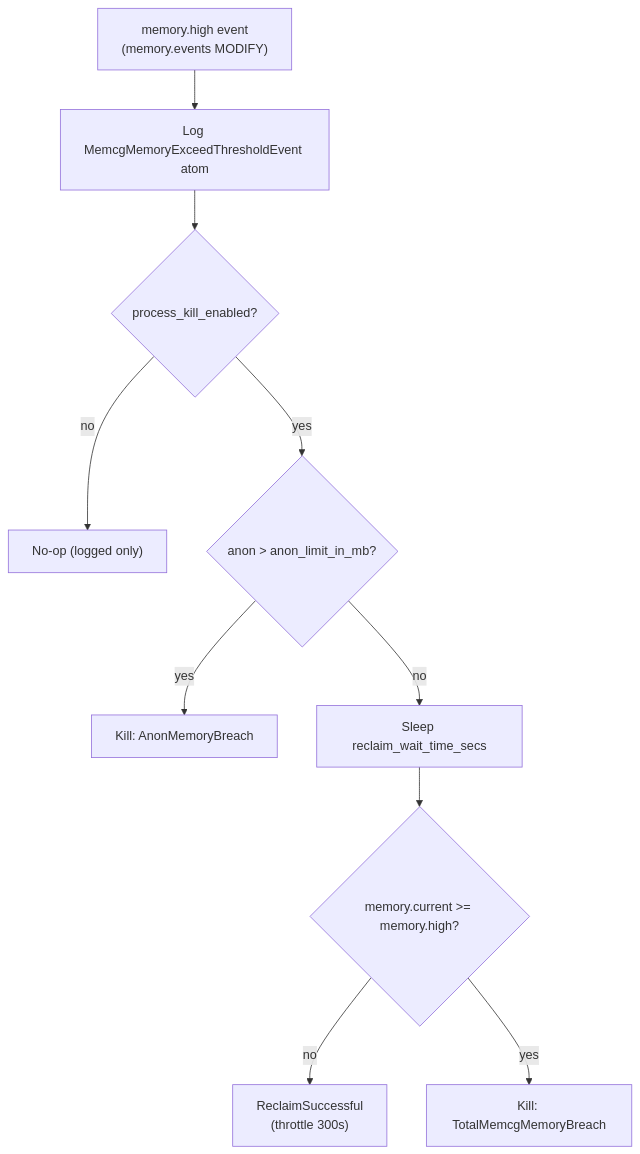
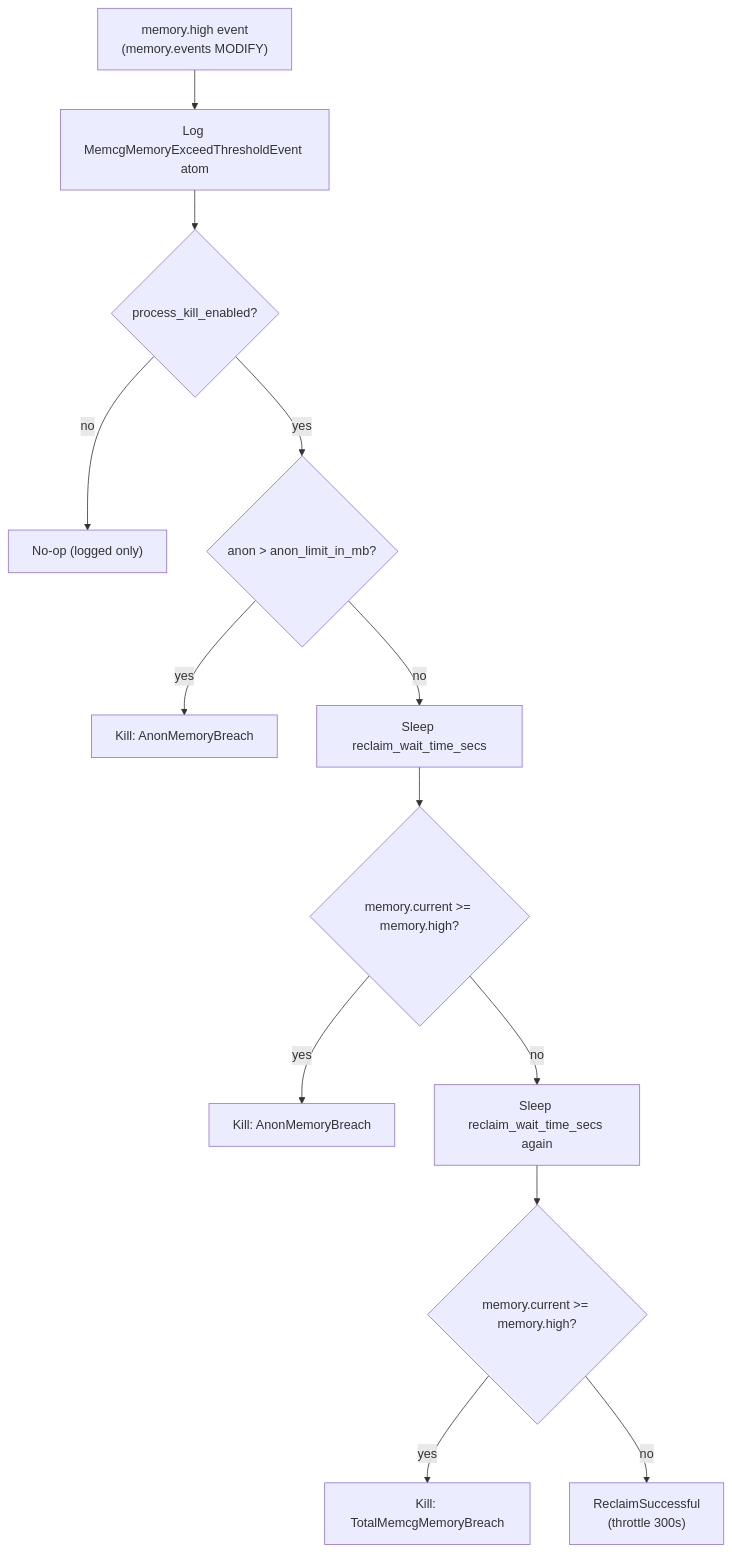
Before and after one commit to aospbooks/aosp-internal-book: diagram 28 of 28 in agents/claude/skills/aosp-framework-services/29-power-management.md, drawn with Mermaid. The commit also changed other lines of this file and 218 other files, not shown here.

````diff
--- a/agents/claude/skills/aosp-framework-services/29-power-management.md
+++ b/agents/claude/skills/aosp-framework-services/29-power-management.md
@@ -4203,12 +4260,15 @@
 ```mermaid
 flowchart TD
     EV["memory.high event<br/>(memory.events MODIFY)"] --> LOG["Log MemcgMemoryExceedThresholdEvent atom"]
     LOG --> KILLEN{"process_kill_enabled?"}
     KILLEN -->|no| NOOP["No-op (logged only)"]
     KILLEN -->|yes| ANON{"anon &gt; anon_limit_in_mb?"}
     ANON -->|yes| KILLA["Kill: AnonMemoryBreach"]
     ANON -->|no| WAIT["Sleep reclaim_wait_time_secs"]
     WAIT --> CMP{"memory.current &gt;= memory.high?"}
-    CMP -->|no| OK["ReclaimSuccessful<br/>(throttle 300s)"]
-    CMP -->|yes| KILLT["Kill: TotalMemcgMemoryBreach"]
+    CMP -->|yes| KILLA2["Kill: AnonMemoryBreach"]
+    CMP -->|no| WAIT2["Sleep reclaim_wait_time_secs again"]
+    WAIT2 --> CMP2{"memory.current &gt;= memory.high?"}
+    CMP2 -->|yes| KILLT["Kill: TotalMemcgMemoryBreach"]
+    CMP2 -->|no| OK["ReclaimSuccessful<br/>(throttle 300s)"]
 ```
````
